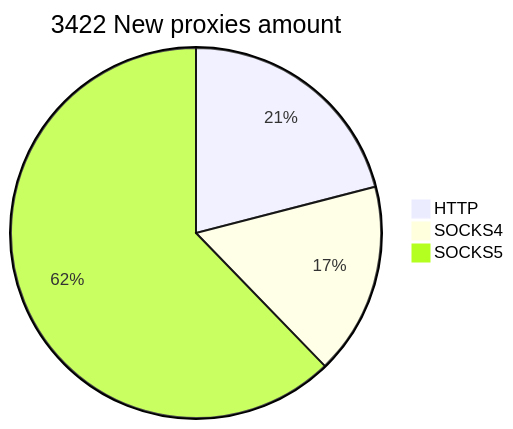
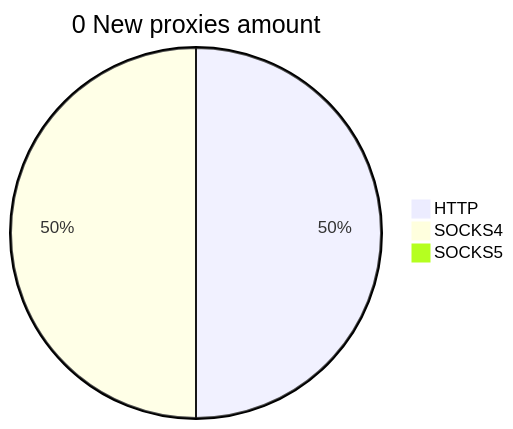
The second of 2 diagrams in README.md (cutipu/proxylist), drawn with Mermaid before and after one commit. The commit also changed other lines of this file, not shown here.

````diff
--- a/README.md
+++ b/README.md
@@ -10,6 +10,6 @@
 ```mermaid
-pie title 3422 New proxies amount
-    "HTTP" : 718
-    "SOCKS4" : 574
-    "SOCKS5" : 2130
+pie title 0 New proxies amount
+    "HTTP" : 1
+    "SOCKS4" : 1
+    "SOCKS5" : 0
 ```
````
